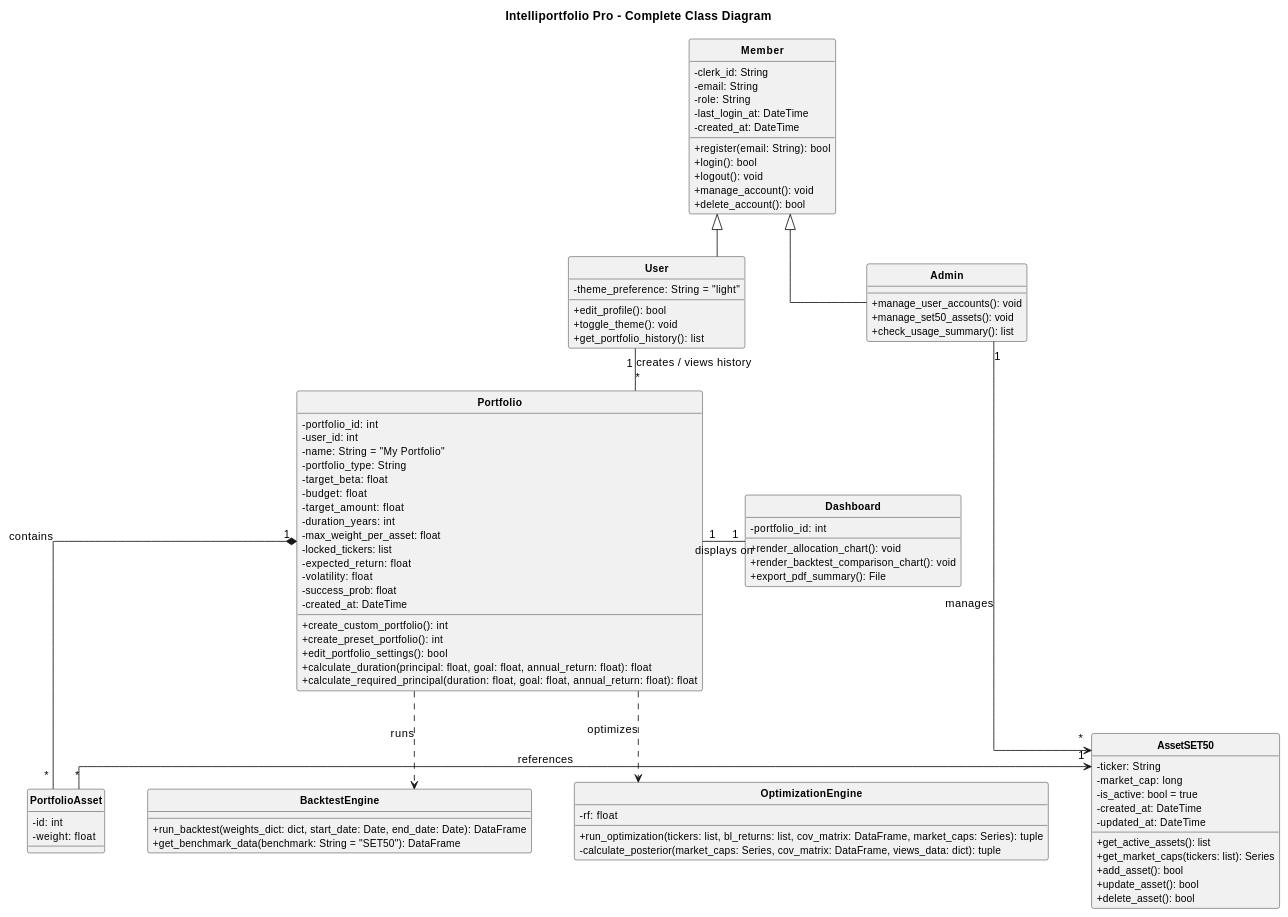
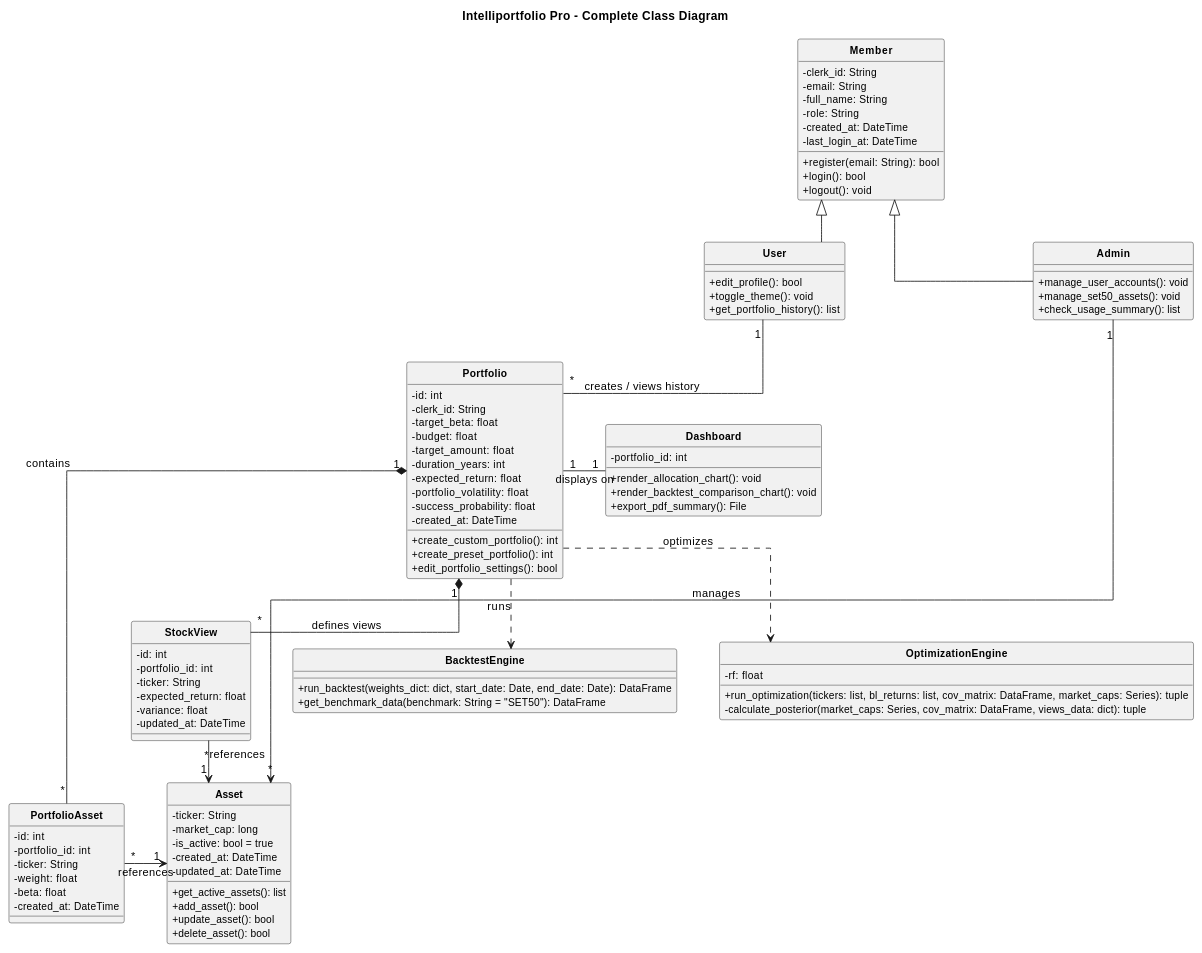
Before and after one commit to Anatta-at/my-portfolio-app: the diagram in docs/diagrams/plantuml_source/plantuml_class_diagram.md, drawn with PlantUML. The commit also changed other lines of this file and 8 other files, not shown here.

Commit message:
docs: Update Class Diagram and ER Diagrams (Crow's Foot, Chen's Notation) to match latest Data Dictionary

```diff
--- a/docs/diagrams/plantuml_source/plantuml_class_diagram.md
+++ b/docs/diagrams/plantuml_source/plantuml_class_diagram.md
@@ -29,18 +29,16 @@
 class Member {
     -clerk_id: String
     -email: String
+    -full_name: String
     -role: String
+    -created_at: DateTime
     -last_login_at: DateTime
-    -created_at: DateTime
     +register(email: String): bool
     +login(): bool
     +logout(): void
-    +manage_account(): void
-    +delete_account(): bool
 }
 
 class User {
-    -theme_preference: String = "light"
     +edit_profile(): bool
     +toggle_theme(): void
     +get_portfolio_history(): list
@@ -53,28 +51,20 @@
 }
 
 class Portfolio {
-    -portfolio_id: int
-    -user_id: int
-    -name: String = "My Portfolio"
-    -portfolio_type: String
+    -id: int
+    -clerk_id: String
     -target_beta: float
     -budget: float
     -target_amount: float
     -duration_years: int
-    -max_weight_per_asset: float
-    -locked_tickers: list
     -expected_return: float
-    -volatility: float
-    -success_prob: float
+    -portfolio_volatility: float
+    -success_probability: float
     -created_at: DateTime
     +create_custom_portfolio(): int
     +create_preset_portfolio(): int
     +edit_portfolio_settings(): bool
-    +calculate_duration(principal: float, goal: float, annual_return: float): float
-    +calculate_required_principal(duration: float, goal: float, annual_return: float): float
 }
-
-
 
 class Dashboard {
     -portfolio_id: int
@@ -85,22 +75,33 @@
 
 class PortfolioAsset {
     -id: int
+    -portfolio_id: int
+    -ticker: String
     -weight: float
+    -beta: float
+    -created_at: DateTime
 }
 
-class AssetSET50 {
+class StockView {
+    -id: int
+    -portfolio_id: int
+    -ticker: String
+    -expected_return: float
+    -variance: float
+    -updated_at: DateTime
+}
+
+class Asset {
     -ticker: String
     -market_cap: long
     -is_active: bool = true
     -created_at: DateTime
     -updated_at: DateTime
     +get_active_assets(): list
-    +get_market_caps(tickers: list): Series
     +add_asset(): bool
     +update_asset(): bool
     +delete_asset(): bool
 }
-
 
 class BacktestEngine {
     +run_backtest(weights_dict: dict, start_date: Date, end_date: Date): DataFrame
@@ -120,15 +121,17 @@
 ' Member Inheritance
 User -up-|> Member
 Admin -up-|> Member
-Admin "1" --> "*" AssetSET50 : manages
+Admin "1" --> "*" Asset : manages
 
 ' User -> Portfolio -> Dashboard
 User "1" -down- "*" Portfolio : creates / views history
 Portfolio "1" -right- "1" Dashboard : displays on
 
-' Portfolio -> Assets
+' Portfolio -> Sub-entities
 Portfolio "1" *-- "*" PortfolioAsset : contains
-PortfolioAsset "*" -right-> "1" AssetSET50 : references
+Portfolio "1" *-- "*" StockView : defines views
+PortfolioAsset "*" -right-> "1" Asset : references
+StockView "*" --> "1" Asset : references
 
 ' Portfolio -> Engines (ดิ่งลงล่าง)
 Portfolio ..> BacktestEngine : runs
```
